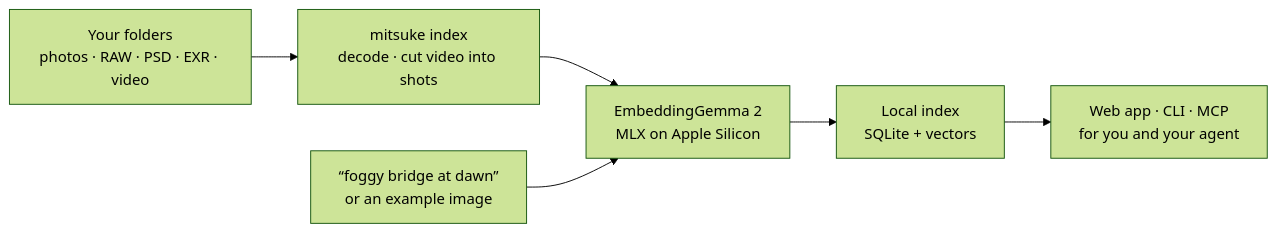
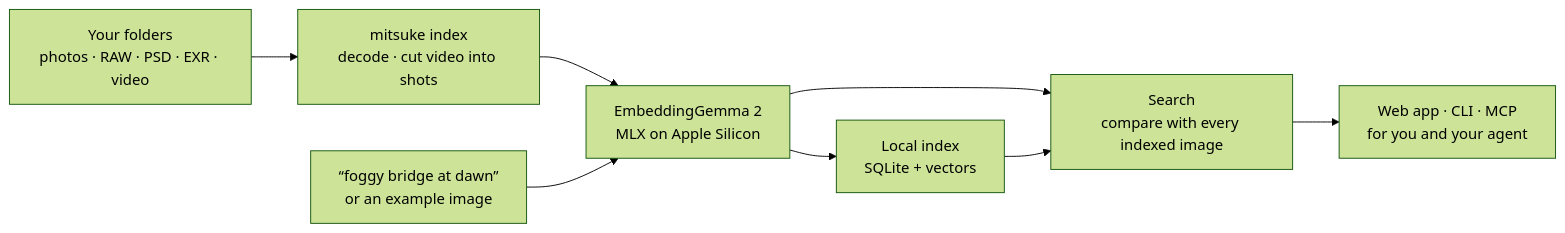
One commit to kanaworksai-hue/mitsuke changed the diagram in README.md. Above: the diagram before and after it, drawn with Mermaid (forest theme). The commit also changed other lines of this file and 5 other files, not shown here.

````diff
--- a/README.md
+++ b/README.md
@@ -48,8 +48,10 @@
 ```mermaid
 flowchart LR
     F["Your folders<br/>photos · RAW · PSD · EXR · video"] --> I["mitsuke index<br/>decode · cut video into shots"]
     I --> M["EmbeddingGemma 2<br/>MLX on Apple Silicon"]
     M --> D["Local index<br/>SQLite + vectors"]
     Q["“foggy bridge at dawn”<br/>or an example image"] --> M
-    D --> R["Web app · CLI · MCP<br/>for you and your agent"]
+    M --> S["Search<br/>compare with every indexed image"]
+    D --> S
+    S --> R["Web app · CLI · MCP<br/>for you and your agent"]
 ```
````
